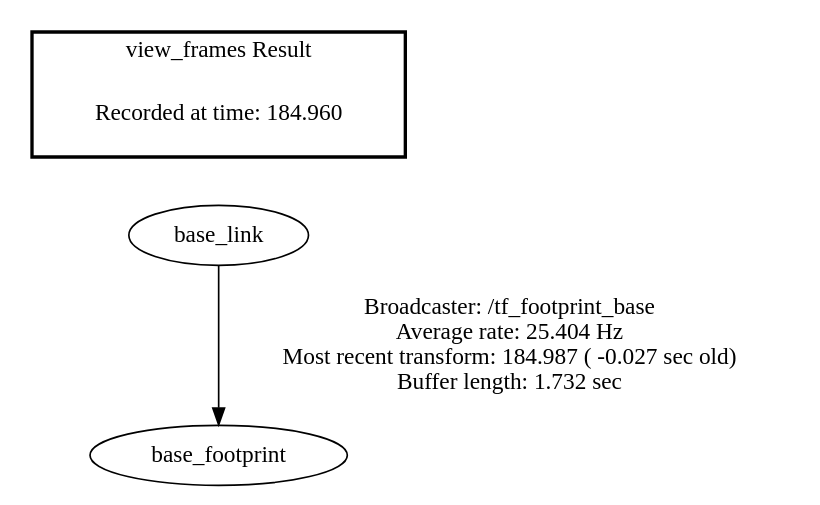
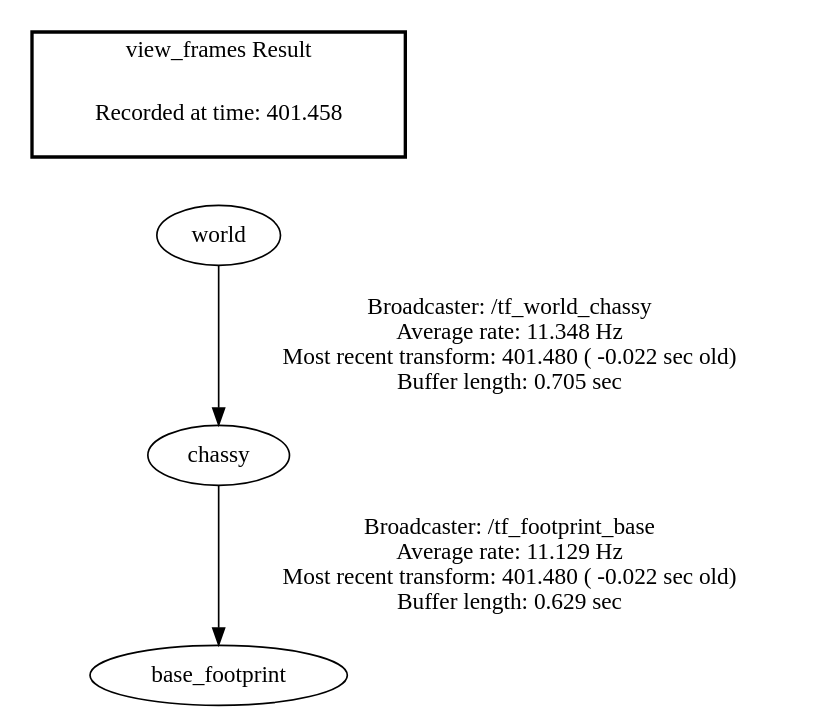
The diagram in launch/frames.gv (JayashankaAnushan19/pde4430_cw2_robot_description), drawn with Graphviz before and after one commit. The commit also changed 17 other files, not shown here.

```diff
--- a/launch/frames.gv
+++ b/launch/frames.gv
@@ -1,7 +1,8 @@
 digraph G {
-"base_link" -> "base_footprint"[label="Broadcaster: /tf_footprint_base\nAverage rate: 25.404 Hz\nMost recent transform: 184.987 ( -0.027 sec old)\nBuffer length: 1.732 sec\n"];
+"world" -> "chassy"[label="Broadcaster: /tf_world_chassy\nAverage rate: 11.348 Hz\nMost recent transform: 401.480 ( -0.022 sec old)\nBuffer length: 0.705 sec\n"];
+"chassy" -> "base_footprint"[label="Broadcaster: /tf_footprint_base\nAverage rate: 11.129 Hz\nMost recent transform: 401.480 ( -0.022 sec old)\nBuffer length: 0.629 sec\n"];
 edge [style=invis];
  subgraph cluster_legend { style=bold; color=black; label ="view_frames Result";
-"Recorded at time: 184.960"[ shape=plaintext ] ;
- }->"base_link";
+"Recorded at time: 401.458"[ shape=plaintext ] ;
+ }->"world";
 }
```
